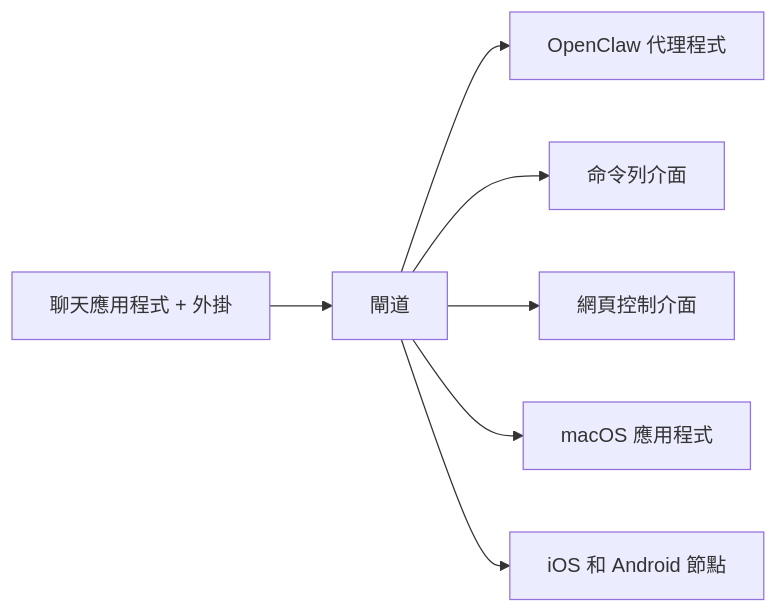
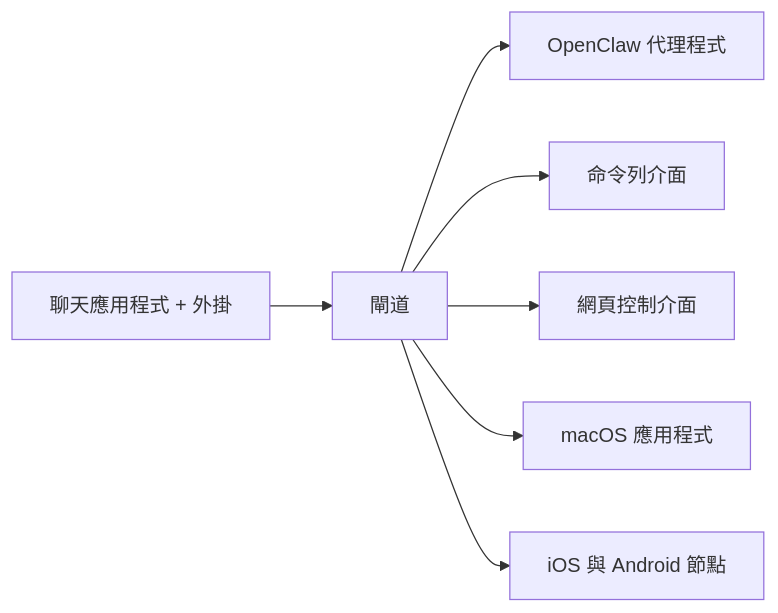
Before and after one commit to openclaw/docs: the diagram in docs/zh-TW/index.md, drawn with Mermaid. The commit also changed other lines of this file and 6121 other files, not shown here.

````diff
--- a/docs/zh-TW/index.md
+++ b/docs/zh-TW/index.md
@@ -113,9 +114,9 @@
 ```mermaid
 flowchart LR
   A["聊天應用程式 + 外掛"] --> B["閘道"]
   B --> C["OpenClaw 代理程式"]
   B --> D["命令列介面"]
   B --> E["網頁控制介面"]
   B --> F["macOS 應用程式"]
-  B --> G["iOS 和 Android 節點"]
+  B --> G["iOS 與 Android 節點"]
 ```
````
